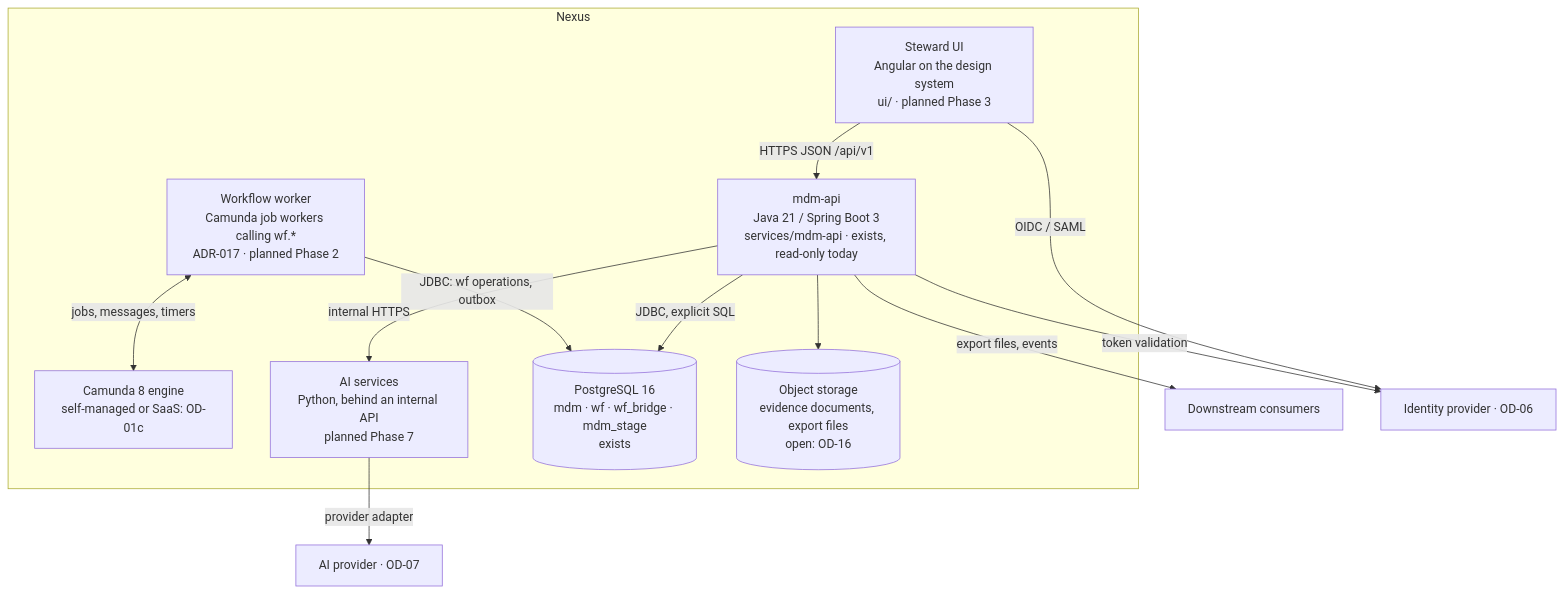
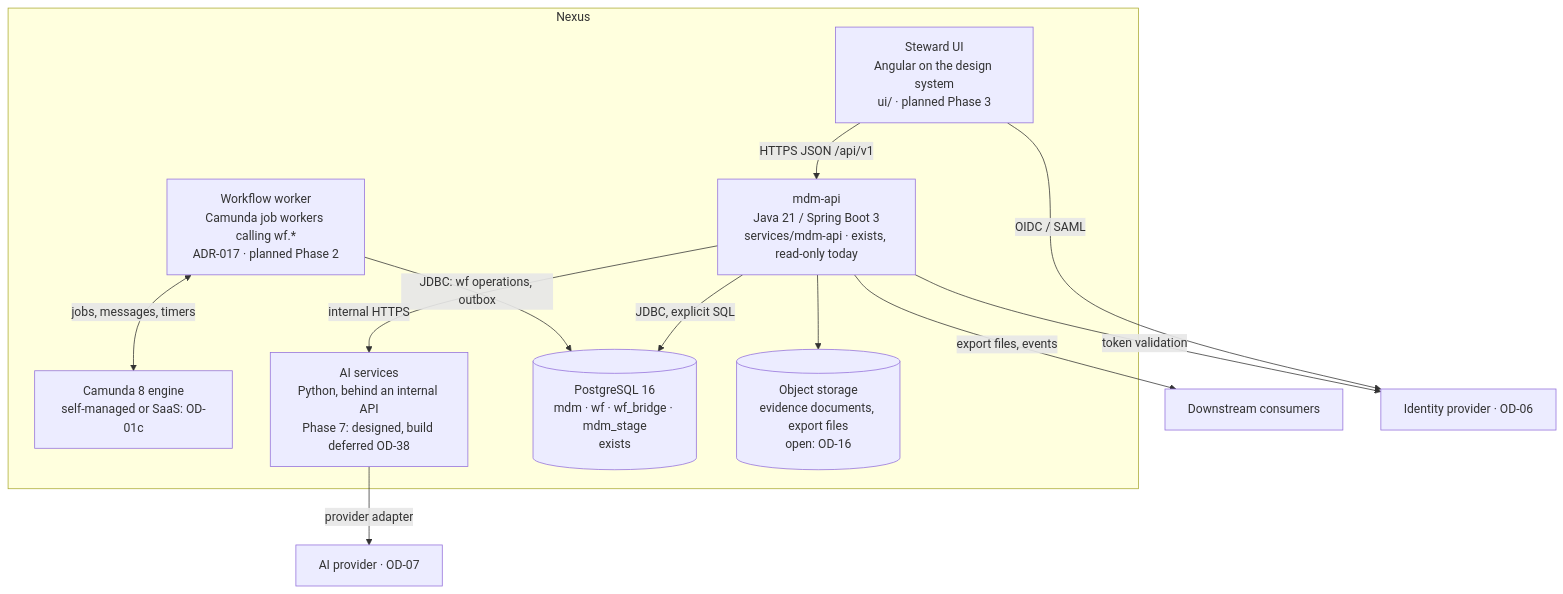
Before and after one commit to POCoder7/Nexus: the second of 5 diagrams in docs/architecture/overview.md, drawn with Mermaid. The commit also changed other lines of this file and 18 other files, not shown here.

````diff
--- a/docs/architecture/overview.md
+++ b/docs/architecture/overview.md
@@ -67,22 +67,22 @@
 ```mermaid
 flowchart TB
   subgraph nexus[Nexus]
     ui[Steward UI<br/>Angular on the design system<br/>ui/ · planned Phase 3]
     api[mdm-api<br/>Java 21 / Spring Boot 3<br/>services/mdm-api · exists, read-only today]
     worker[Workflow worker<br/>Camunda job workers calling wf.*<br/>ADR-017 · planned Phase 2]
     camunda[Camunda 8 engine<br/>self-managed or SaaS: OD-01c]
-    aisvc[AI services<br/>Python, behind an internal API<br/>planned Phase 7]
+    aisvc[AI services<br/>Python, behind an internal API<br/>Phase 7: designed, build deferred OD-38]
     db[(PostgreSQL 16<br/>mdm · wf · wf_bridge · mdm_stage<br/>exists)]
     obj[(Object storage<br/>evidence documents, export files<br/>open: OD-16)]
   end
   ui -->|HTTPS JSON /api/v1| api
   api -->|JDBC, explicit SQL| db
   worker -->|JDBC: wf operations, outbox| db
   worker <-->|jobs, messages, timers| camunda
   api -->|internal HTTPS| aisvc
   aisvc -->|provider adapter| ext_ai[AI provider · OD-07]
   api --> obj
   api -->|export files, events| down[Downstream consumers]
   ui -->|OIDC / SAML| idp[Identity provider · OD-06]
   api -->|token validation| idp
 ```
````
